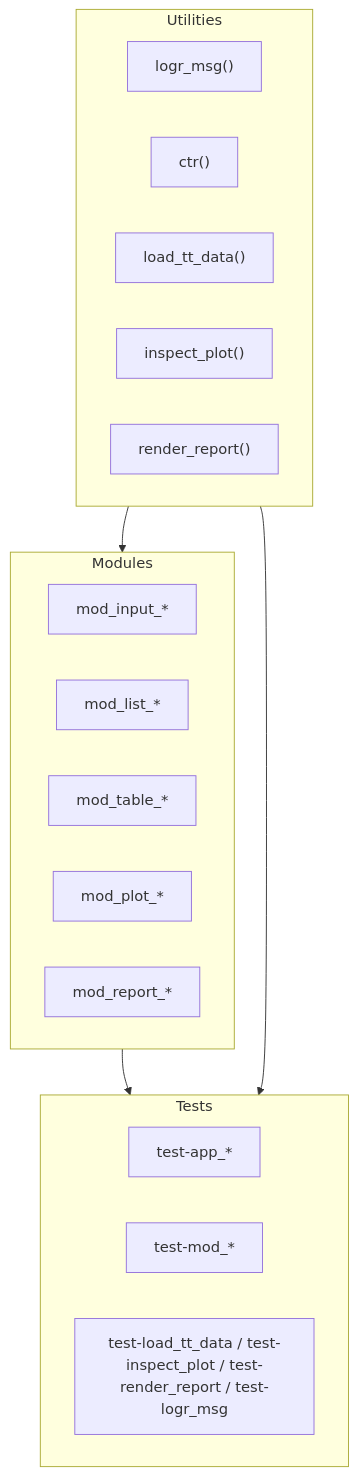
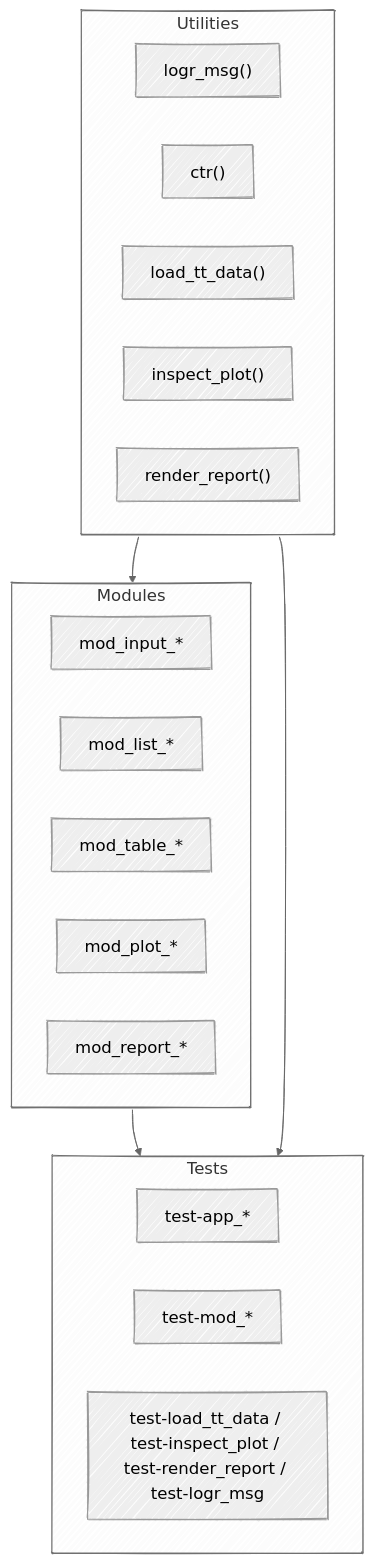
Before and after one commit to mjfrigaard/ttdviewer: the third of 3 diagrams in README.md, drawn with Mermaid. The commit also changed other lines of this file, not shown here.

````diff
--- a/README.md
+++ b/README.md
@@ -76,25 +78,26 @@
 ``` mermaid
+%%{init: {'theme': 'neutral', 'look': 'handDrawn', 'themeVariables': { 'fontFamily': 'monospace', "fontSize":"18px"}}}%%
 flowchart TB
   subgraph Utilities
     Log["logr_msg()"]
     Ctr["ctr()"]
     Load["load_tt_data()"]
     Inspect["inspect_plot()"]
     Render["render_report()"]
   end
   subgraph Modules
     ModInput["mod_input_*"]
     ModList["mod_list_*"]
     ModTable["mod_table_*"]
     ModPlot["mod_plot_*"]
     ModReport["mod_report_*"]
   end
   subgraph Tests
     TestApp["test-app_*"]
     TestModules["test-mod_*"]
     TestUtils["test-load_tt_data / test-inspect_plot / test-render_report / test-logr_msg"]
   end
   Utilities --> Modules
   Modules --> Tests
   Utilities --> Tests
 ```
````
